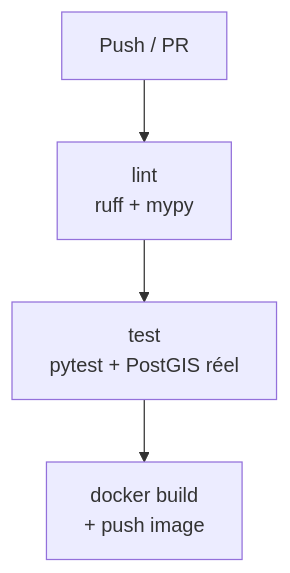
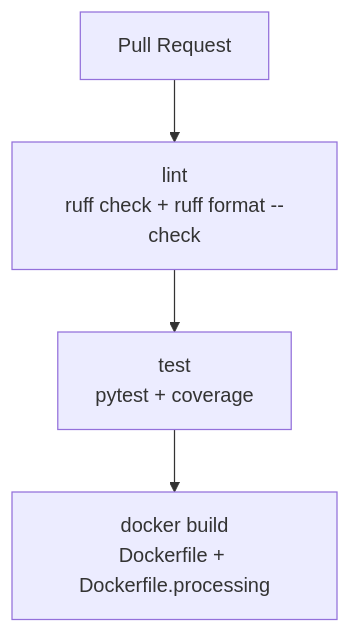
One commit to HomePedia-T-DAT-902/homepedia-api changed the third of 3 diagrams in docs/architecture.md. Above: the diagram before and after it, drawn with Mermaid. The commit also changed other lines of this file and 12 other files, not shown here.

````diff
--- a/docs/architecture.md
+++ b/docs/architecture.md
@@ -303,6 +169,6 @@
 ```mermaid
 graph TD
-    PUSH[Push / PR] --> LINT[lint<br/>ruff + mypy]
-    LINT --> TEST[test<br/>pytest + PostGIS réel]
-    TEST --> BUILD[docker build<br/>+ push image]
+    PR[Pull Request] --> LINT[lint<br/>ruff check + ruff format --check]
+    LINT --> TEST[test<br/>pytest + coverage]
+    TEST --> DOCKER[docker build<br/>Dockerfile + Dockerfile.processing]
 ```
````
